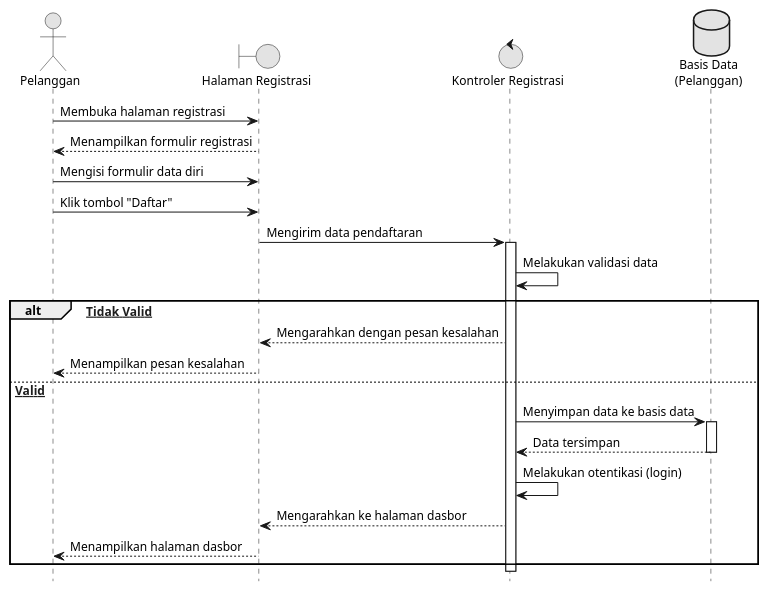
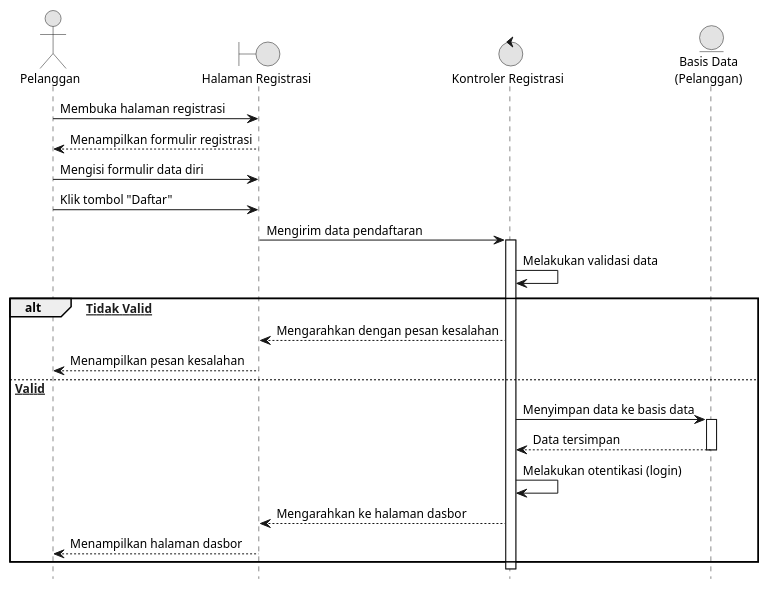
Before and after one commit to Reyonl/project_TA: the first of 12 diagrams in docs/diagrams/semua_diagram.puml, drawn with PlantUML. The commit also changed other lines of this file and 18 other files, not shown here.

```diff
--- a/docs/diagrams/semua_diagram.puml
+++ b/docs/diagrams/semua_diagram.puml
@@ -1,36 +1,36 @@
 @startuml 01_Registrasi_Akun
 hide footbox
 skinparam backgroundColor white
 skinparam monochrome true
 skinparam shadowing false
 skinparam DefaultFontName Arial
 skinparam DefaultFontSize 12
 
 actor "Pelanggan" as Customer
 boundary "Halaman Registrasi" as View
 control "Kontroler Registrasi" as Controller
-database "Basis Data\n(Pelanggan)" as DB
+entity "Basis Data\n(Pelanggan)" as DB
 
 Customer -> View : Membuka halaman registrasi
 View --> Customer : Menampilkan formulir registrasi
 Customer -> View : Mengisi formulir data diri
 Customer -> View : Klik tombol "Daftar"
 View -> Controller : Mengirim data pendaftaran
 activate Controller
 
 Controller -> Controller : Melakukan validasi data
 
 alt [Data Tidak Valid]
     Controller --> View : Mengarahkan dengan pesan kesalahan
     View --> Customer : Menampilkan pesan kesalahan
 else [Data Valid]
     Controller -> DB : Menyimpan data ke basis data
     activate DB
     DB --> Controller : Data tersimpan
     deactivate DB
     Controller -> Controller : Melakukan otentikasi (login)
     Controller --> View : Mengarahkan ke halaman dasbor
     View --> Customer : Menampilkan halaman dasbor
 end
 deactivate Controller
 @enduml
```
